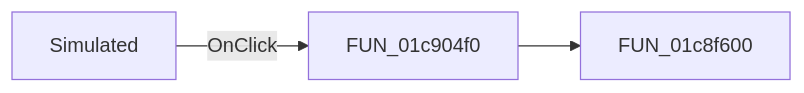
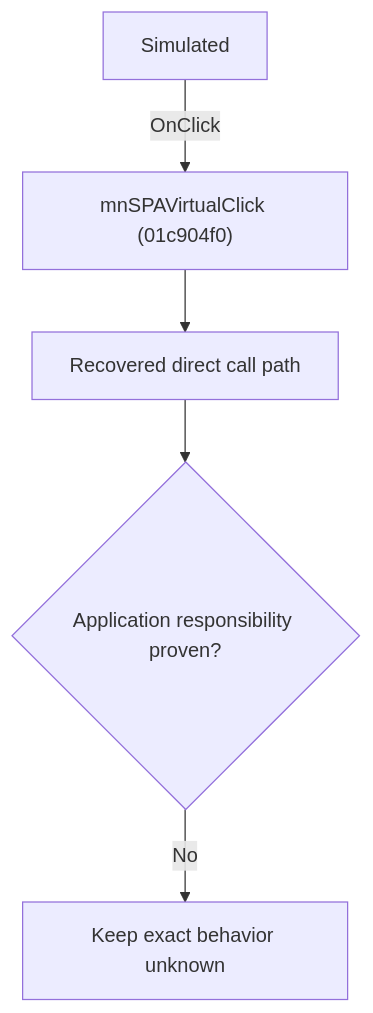
The diagram in docs/ui-controls/schematiceditor/mnspavirtual-afa21bf203.md (MovGP0/TIARA), drawn with Mermaid before and after one commit. The commit also changed other lines of this file and 1062 other files, not shown here.

````diff
--- a/docs/ui-controls/schematiceditor/mnspavirtual-afa21bf203.md
+++ b/docs/ui-controls/schematiceditor/mnspavirtual-afa21bf203.md
@@ -27,5 +27,7 @@
 ```mermaid
-flowchart LR
-    control["Simulated"] -->|OnClick| handler["FUN_01c904f0"]
-    handler --> call1["FUN_01c8f600"]
+flowchart TD
+    control["Simulated"] -->|"OnClick"| handler["mnSPAVirtualClick (01c904f0)"]
+    handler --> recovered["Recovered direct call path"]
+    recovered --> gap{"Application responsibility proven?"}
+    gap -->|"No"| blocked["Keep exact behavior unknown"]
 ```
````
